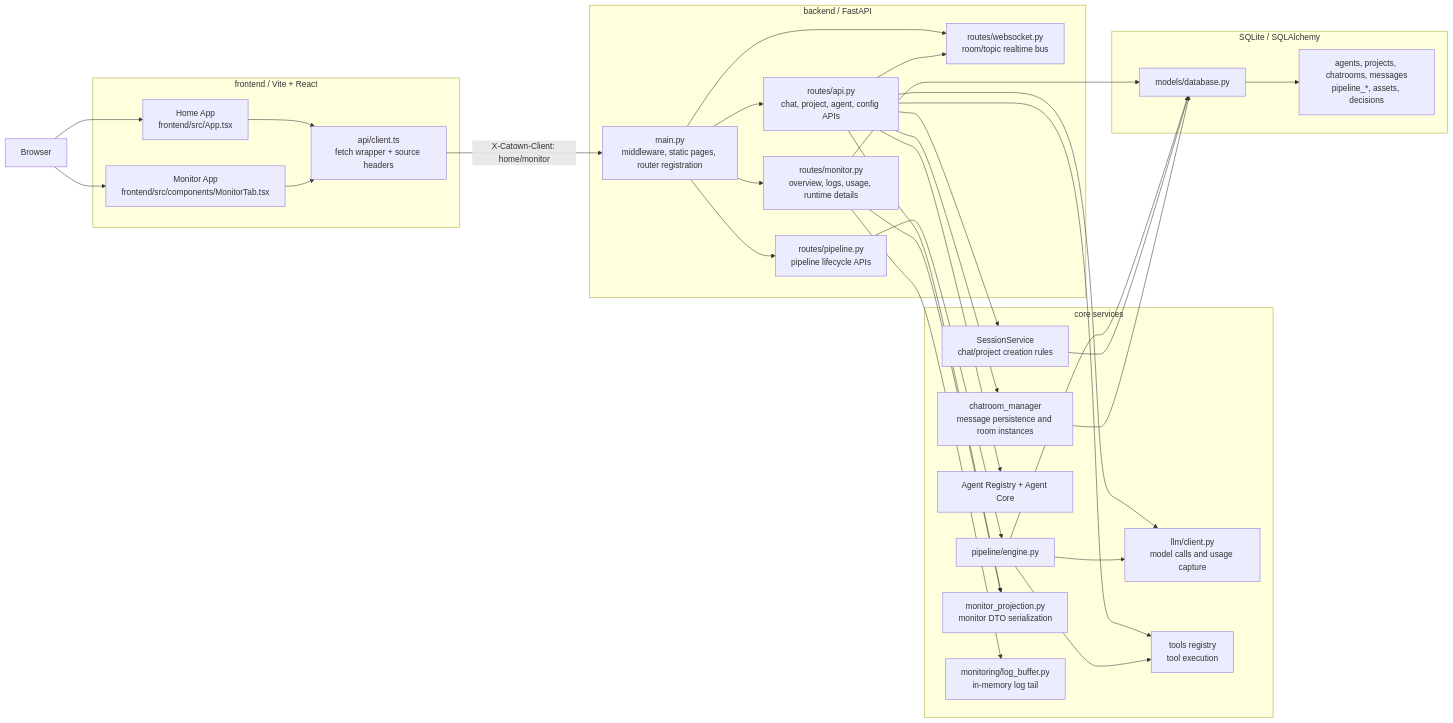
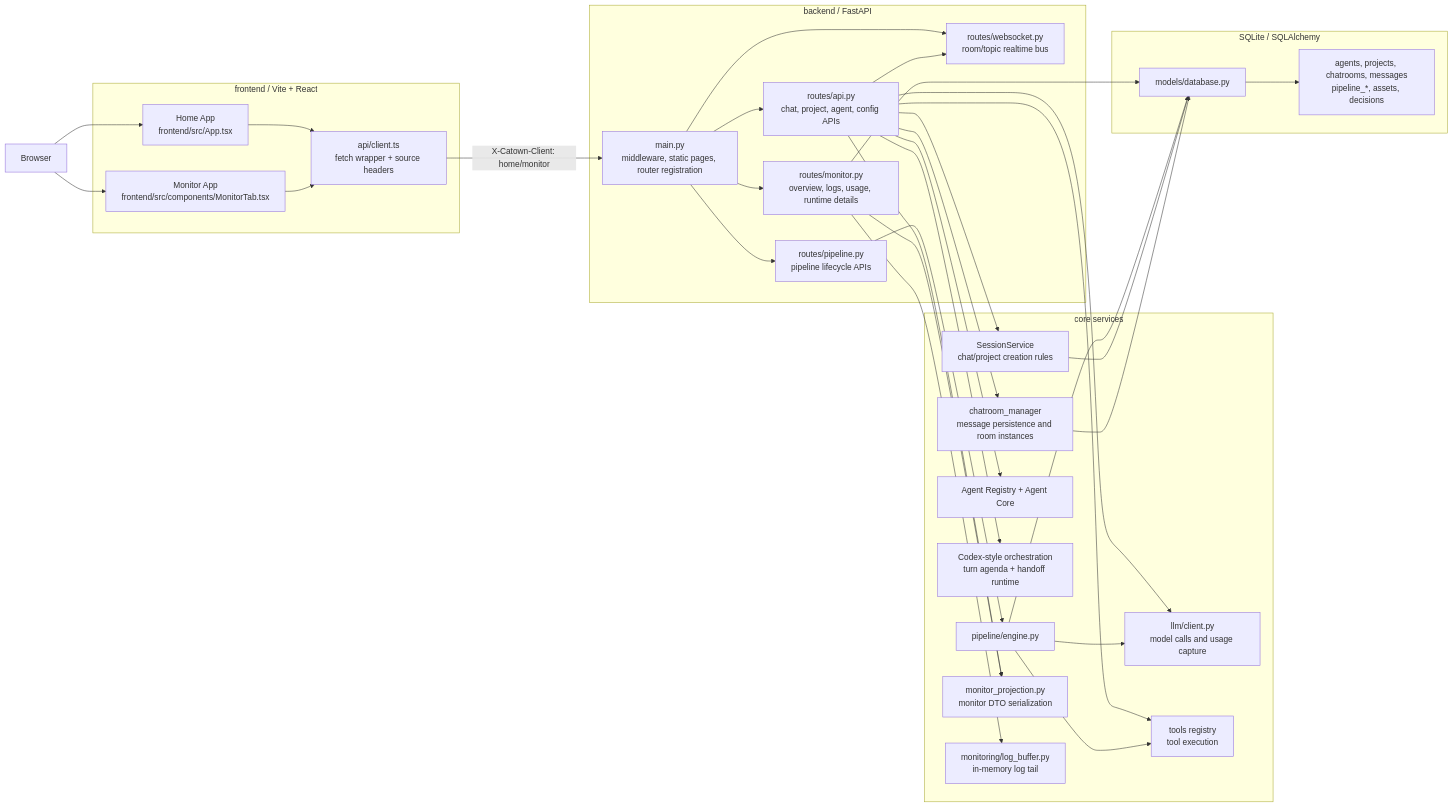
The first of 3 diagrams in docs/Architecture.md (uplusplus/catown), drawn with Mermaid before and after one commit. The commit also changed other lines of this file and 65 other files, not shown here.

````diff
--- a/docs/Architecture.md
+++ b/docs/Architecture.md
@@ -16,66 +18,68 @@
 ```mermaid
 flowchart LR
   User["Browser"]
 
   subgraph FE["frontend / Vite + React"]
     Home["Home App<br/>frontend/src/App.tsx"]
     Monitor["Monitor App<br/>frontend/src/components/MonitorTab.tsx"]
     ApiClient["api/client.ts<br/>fetch wrapper + source headers"]
   end
 
   subgraph BE["backend / FastAPI"]
     Main["main.py<br/>middleware, static pages, router registration"]
     ApiRoutes["routes/api.py<br/>chat, project, agent, config APIs"]
     MonitorRoutes["routes/monitor.py<br/>overview, logs, usage, runtime details"]
     PipelineRoutes["routes/pipeline.py<br/>pipeline lifecycle APIs"]
     WS["routes/websocket.py<br/>room/topic realtime bus"]
   end
 
   subgraph Core["core services"]
     SessionService["SessionService<br/>chat/project creation rules"]
     ChatroomManager["chatroom_manager<br/>message persistence and room instances"]
     Agents["Agent Registry + Agent Core"]
     LLM["llm/client.py<br/>model calls and usage capture"]
     Tools["tools registry<br/>tool execution"]
+    Orchestrator["Codex-style orchestration<br/>turn agenda + handoff runtime"]
     PipelineEngine["pipeline/engine.py"]
     Projection["monitor_projection.py<br/>monitor DTO serialization"]
     LogBuffer["monitoring/log_buffer.py<br/>in-memory log tail"]
   end
 
   subgraph DB["SQLite / SQLAlchemy"]
     Models["models/database.py"]
     Tables["agents, projects, chatrooms, messages<br/>pipeline_*, assets, decisions"]
   end
 
   User --> Home
   User --> Monitor
   Home --> ApiClient
   Monitor --> ApiClient
 
   ApiClient -->|"X-Catown-Client: home/monitor"| Main
   Main --> ApiRoutes
   Main --> MonitorRoutes
   Main --> PipelineRoutes
   Main --> WS
 
   ApiRoutes --> SessionService
   ApiRoutes --> ChatroomManager
   ApiRoutes --> Agents
   ApiRoutes --> LLM
   ApiRoutes --> Tools
+  ApiRoutes --> Orchestrator
   ApiRoutes --> Projection
   ApiRoutes --> WS
 
   MonitorRoutes --> Models
   MonitorRoutes --> Projection
   MonitorRoutes --> LogBuffer
 
   PipelineRoutes --> PipelineEngine
   PipelineEngine --> LLM
   PipelineEngine --> Tools
   PipelineEngine --> Models
 
   SessionService --> Models
   ChatroomManager --> Models
   Models --> Tables
 ```
````
